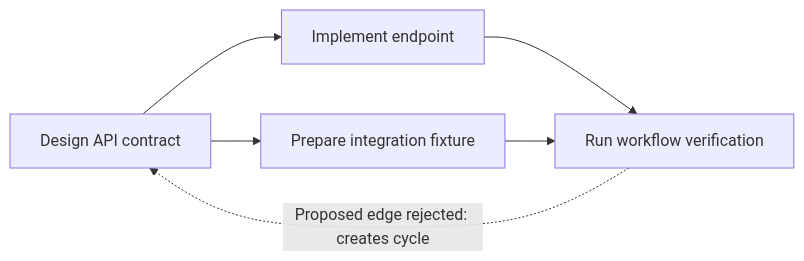
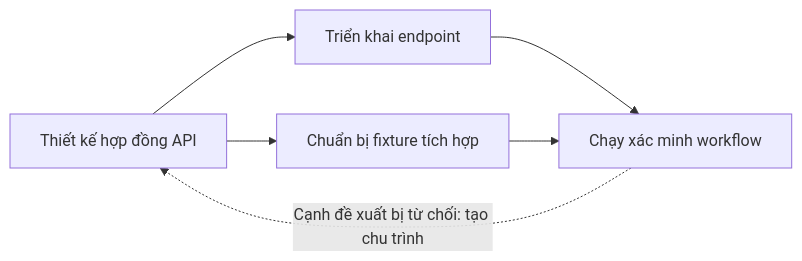
Before and after one commit to Giapnocap/work-management-system-backend: the second of 6 diagrams in docs/domain-workflows.md, drawn with Mermaid. The commit also changed other lines of this file and 7 other files, not shown here.

````diff
--- a/docs/domain-workflows.md
+++ b/docs/domain-workflows.md
@@ -29,8 +29,8 @@
 ```mermaid
 flowchart LR
-    A[Design API contract] --> B[Implement endpoint]
-    A --> C[Prepare integration fixture]
-    B --> D[Run workflow verification]
+    A[Thiết kế hợp đồng API] --> B[Triển khai endpoint]
+    A --> C[Chuẩn bị fixture tích hợp]
+    B --> D[Chạy xác minh workflow]
     C --> D
-    D -. Proposed edge rejected: creates cycle .-> A
+    D -. Cạnh đề xuất bị từ chối: tạo chu trình .-> A
 ```
````
